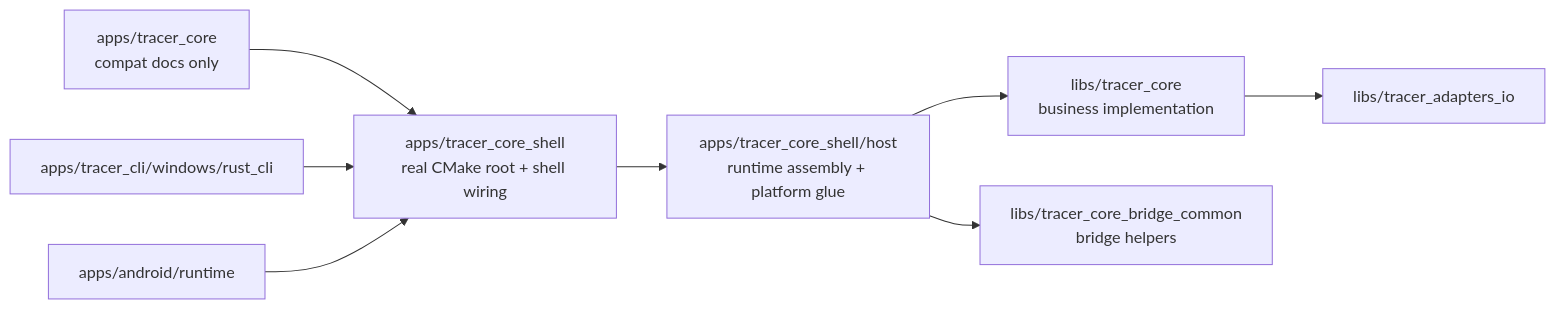
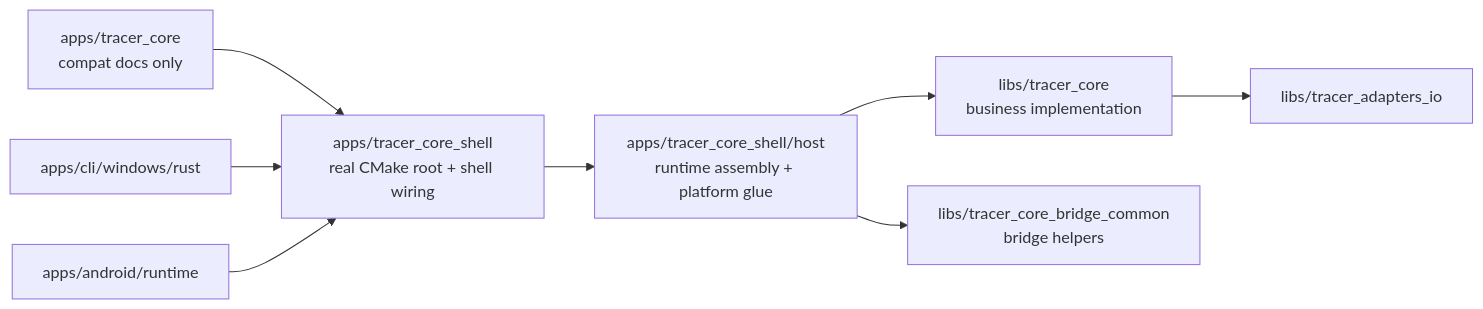
Before and after one commit to camellia2077/time_tracer: the diagram in docs/time_tracer/core/architecture/tracer_core_identity_and_boundary.md, drawn with Mermaid. The commit also changed other lines of this file and 876 other files, not shown here.

First line of the commit message:
refactor: normalize infra paths and ingest metadata flow

````diff
--- a/docs/time_tracer/core/architecture/tracer_core_identity_and_boundary.md
+++ b/docs/time_tracer/core/architecture/tracer_core_identity_and_boundary.md
@@ -91,10 +91,10 @@
 ```mermaid
 flowchart LR
     A["apps/tracer_core<br/>compat docs only"] --> B["apps/tracer_core_shell<br/>real CMake root + shell wiring"]
     B --> C["apps/tracer_core_shell/host<br/>runtime assembly + platform glue"]
     C --> D["libs/tracer_core<br/>business implementation"]
     C --> E["libs/tracer_core_bridge_common<br/>bridge helpers"]
     D --> F["libs/tracer_adapters_io"]
-    G["apps/tracer_cli/windows/rust_cli"] --> B
+    G["apps/cli/windows/rust"] --> B
     H["apps/android/runtime"] --> B
 ```
````
